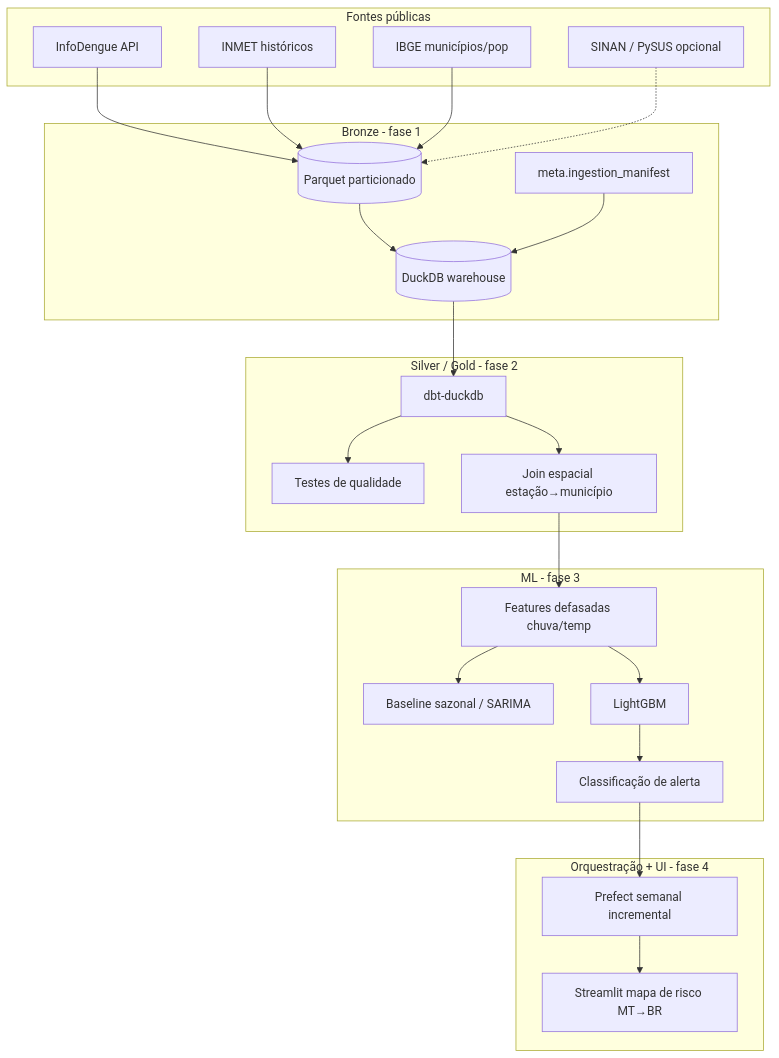
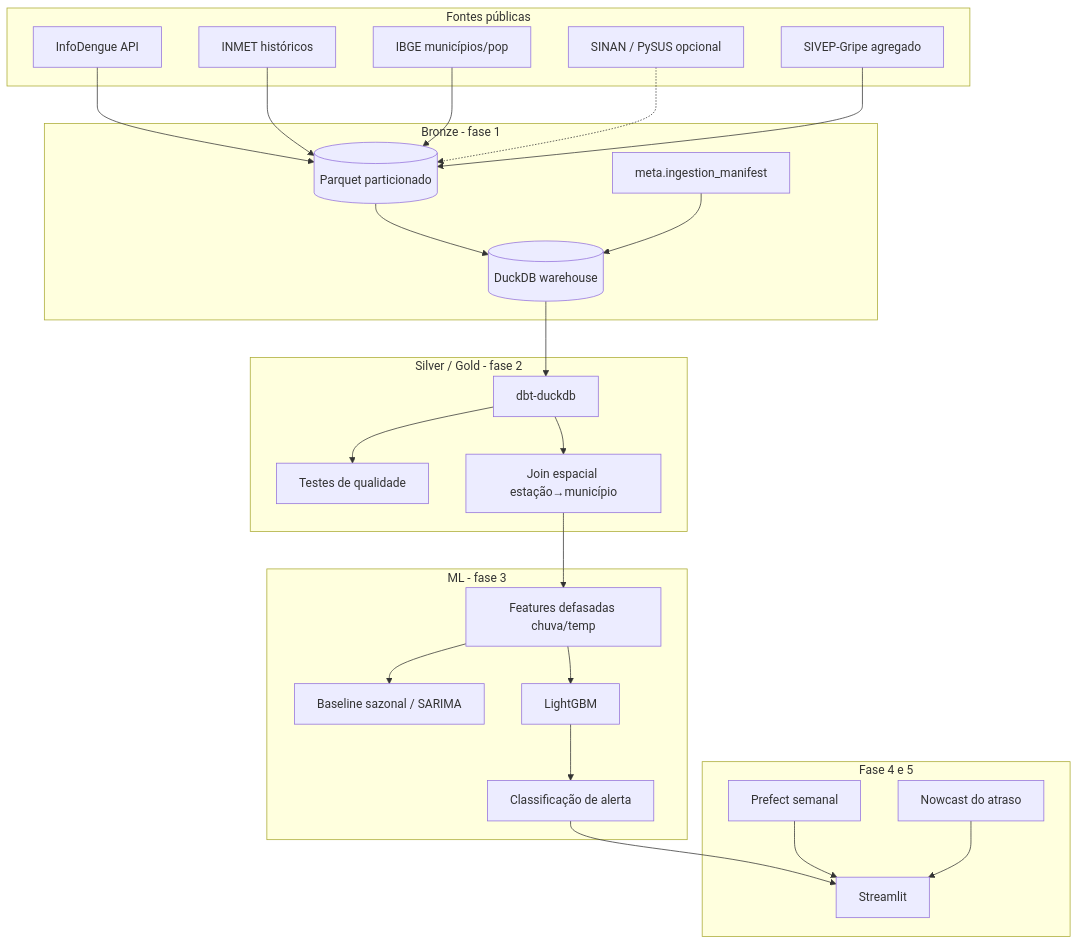
Before and after one commit to EricGuerrize/dengue-forecast-br: the diagram in README.md, drawn with Mermaid. The commit also changed other lines of this file and 75 other files, not shown here.

````diff
--- a/README.md
+++ b/README.md
@@ -38,49 +67,53 @@
 ```mermaid
 flowchart TB
   subgraph fontes [Fontes públicas]
     ID[InfoDengue API]
     IN[INMET históricos]
     IB[IBGE municípios/pop]
     SN[SINAN / PySUS opcional]
+    SV[SIVEP-Gripe agregado]
   end
 
   subgraph bronze [Bronze - fase 1]
     PQ[(Parquet particionado)]
     MAN[meta.ingestion_manifest]
     DDB[(DuckDB warehouse)]
   end
 
   subgraph silvergold [Silver / Gold - fase 2]
     DBT[dbt-duckdb]
     DQ[Testes de qualidade]
     SP[Join espacial estação→município]
   end
 
   subgraph ml [ML - fase 3]
     FEAT[Features defasadas chuva/temp]
     BASE[Baseline sazonal / SARIMA]
     LGBM[LightGBM]
     ALERT[Classificação de alerta]
   end
 
-  subgraph serve [Orquestração + UI - fase 4]
-    PRE[Prefect semanal incremental]
-    ST[Streamlit mapa de risco MT→BR]
+  subgraph serve [Fase 4 e 5]
+    PRE[Prefect semanal]
+    NW[Nowcast do atraso]
+    ST[Streamlit]
   end
 
   ID --> PQ
   IN --> PQ
   IB --> PQ
   SN -.-> PQ
+  SV --> PQ
   PQ --> DDB
   MAN --> DDB
   DDB --> DBT
   DBT --> DQ
   DBT --> SP
   SP --> FEAT
   FEAT --> BASE
   FEAT --> LGBM
   LGBM --> ALERT
-  ALERT --> PRE
+  ALERT --> ST
   PRE --> ST
+  NW --> ST
 ```
````
